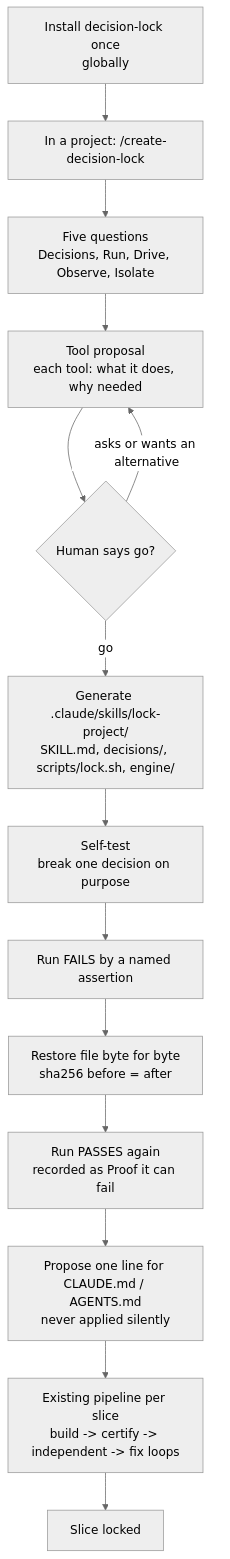
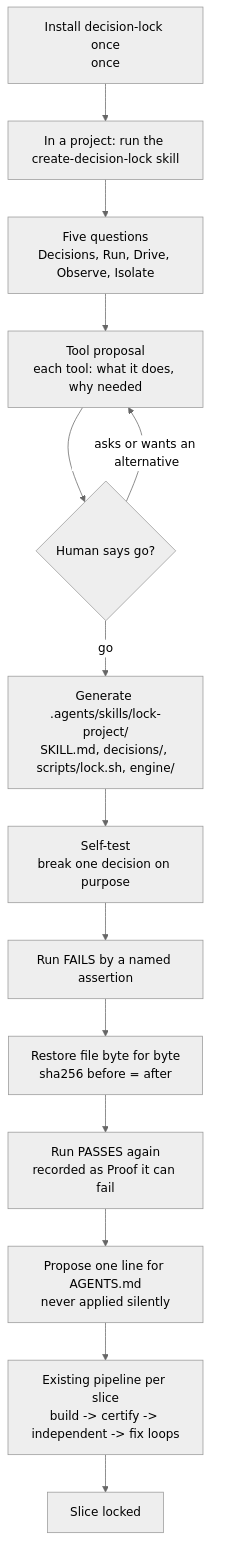
One commit to fetch-spec/decision-lock changed the first of 2 diagrams in README.md. Above: the diagram before and after it, drawn with Mermaid (neutral theme). The commit also changed other lines of this file and 29 other files, not shown here.

Commit message:
Agent-agnostic: AGENTS.md, neutral skill path, role-based agent config

````diff
--- a/README.md
+++ b/README.md
@@ -17,16 +17,16 @@
 ```mermaid
 flowchart TD
-    INSTALL[Install decision-lock once<br/>globally] --> INVOKE[In a project: /create-decision-lock]
+    INSTALL[Install decision-lock once<br/>once] --> INVOKE[In a project: run the create-decision-lock skill]
     INVOKE --> FQ[Five questions<br/>Decisions, Run, Drive, Observe, Isolate]
     FQ --> PROP[Tool proposal<br/>each tool: what it does, why needed]
     PROP --> GO{Human says go?}
     GO -->|asks or wants an alternative| PROP
-    GO -->|go| GEN[Generate .claude/skills/lock-project/<br/>SKILL.md, decisions/, scripts/lock.sh, engine/]
+    GO -->|go| GEN[Generate .agents/skills/lock-project/<br/>SKILL.md, decisions/, scripts/lock.sh, engine/]
     GEN --> ST[Self-test<br/>break one decision on purpose]
     ST --> FAIL[Run FAILS by a named assertion]
     FAIL --> RESTORE[Restore file byte for byte<br/>sha256 before = after]
     RESTORE --> PASS[Run PASSES again<br/>recorded as Proof it can fail]
-    PASS --> RULE[Propose one line for CLAUDE.md / AGENTS.md<br/>never applied silently]
+    PASS --> RULE[Propose one line for AGENTS.md<br/>never applied silently]
     RULE --> PIPE[Existing pipeline per slice<br/>build -> certify -> independent -> fix loops]
     PIPE --> LOCKED[Slice locked]
 ```
````
